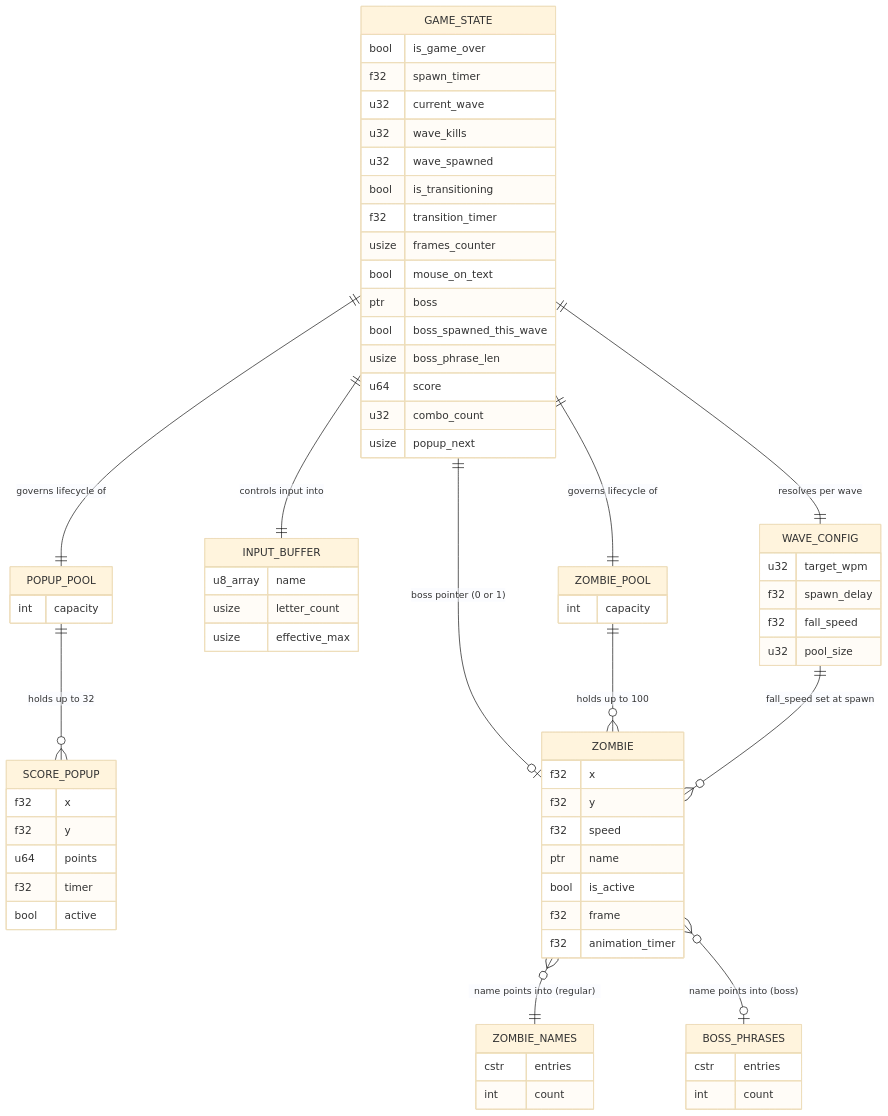
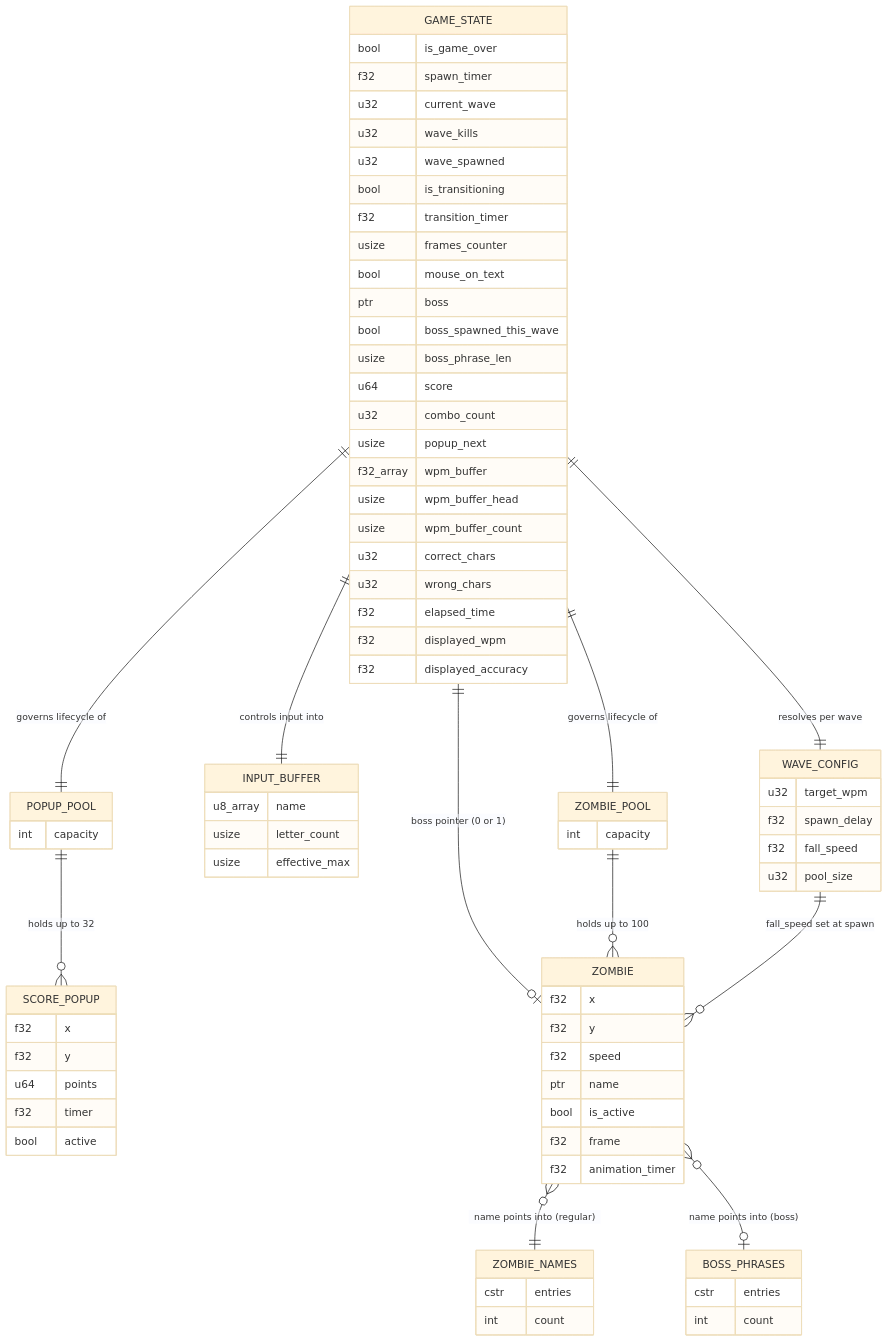
One commit to bfernandez31/death-note changed the first of 3 diagrams in specs/specifications/data-model.md. Above: the diagram before and after it, drawn with Mermaid (base theme). The commit also changed other lines of this file and 4 other files, not shown here.

```diff
--- a/specs/specifications/data-model.md
+++ b/specs/specifications/data-model.md
@@ -61,6 +61,14 @@
         u64 score
         u32 combo_count
         usize popup_next
+        f32_array wpm_buffer
+        usize wpm_buffer_head
+        usize wpm_buffer_count
+        u32 correct_chars
+        u32 wrong_chars
+        f32 elapsed_time
+        f32 displayed_wpm
+        f32 displayed_accuracy
     }
 
     SCORE_POPUP {
```
